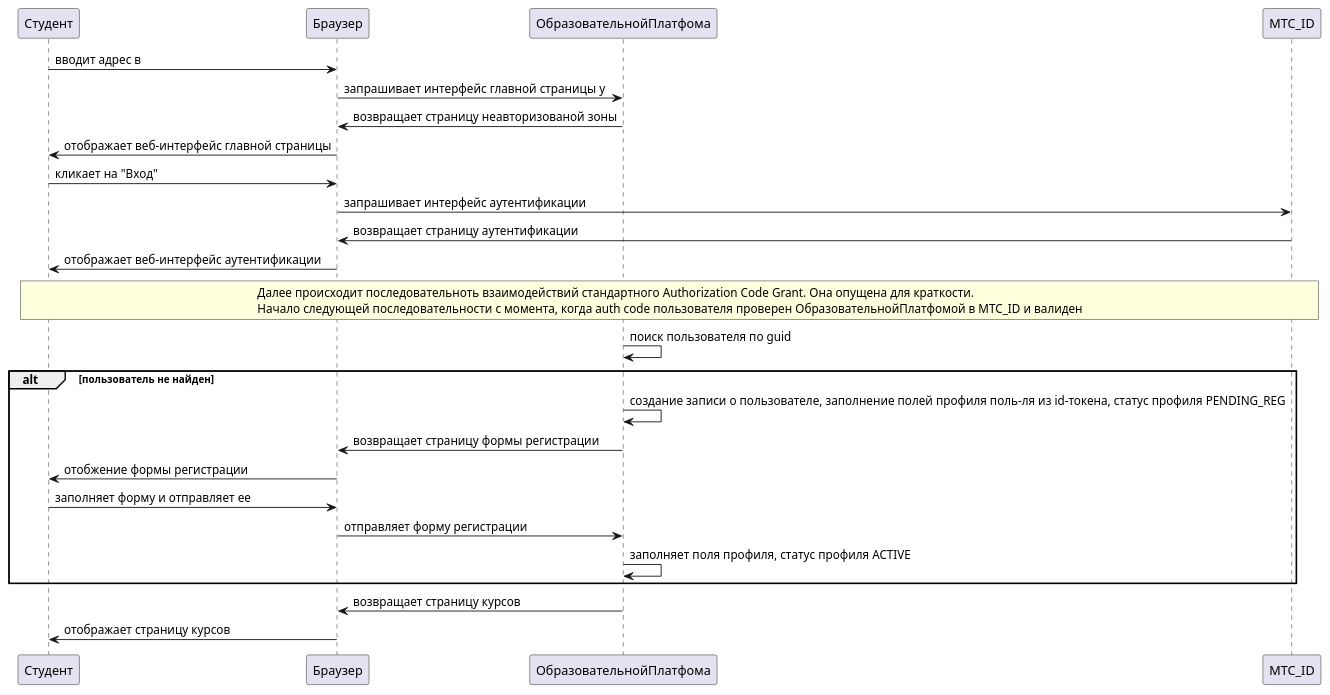
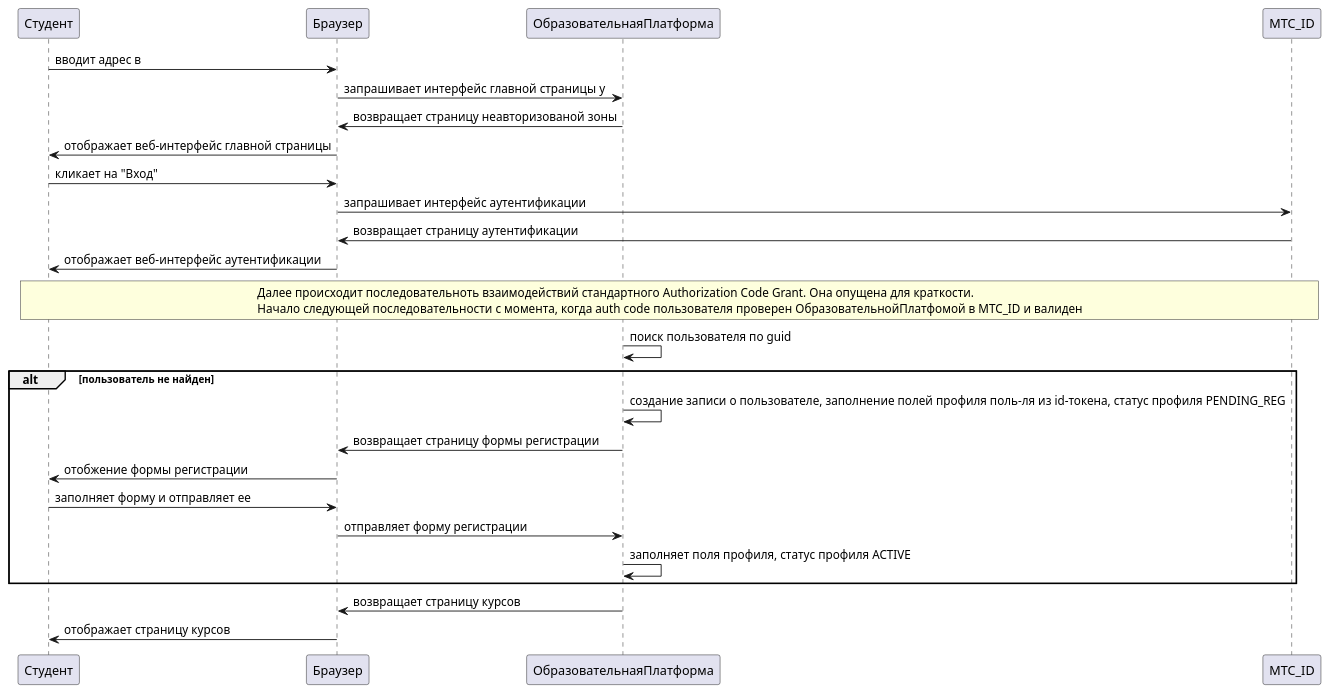
One commit to karpoftea/mts-kata-2023 changed the first of 2 diagrams in docs/adr/adr-002-authn-system.md. Above: the diagram before and after it, drawn with PlantUML.

````diff
--- a/docs/adr/adr-002-authn-system.md
+++ b/docs/adr/adr-002-authn-system.md
@@ -36,25 +36,25 @@
 ```plantuml
 Студент->Браузер: вводит адрес в
-Браузер->ОбразовательнойПлатфома: запрашивает интерфейс главной страницы у
-ОбразовательнойПлатфома->Браузер: возвращает страницу неавторизованой зоны
+Браузер->ОбразовательнаяПлатформа: запрашивает интерфейс главной страницы у
+ОбразовательнаяПлатформа->Браузер: возвращает страницу неавторизованой зоны
 Браузер->Студент: отображает веб-интерфейс главной страницы
 Студент->Браузер: кликает на "Вход"
 Браузер->МТС_ID: запрашивает интерфейс аутентификации
 МТС_ID->Браузер: возвращает страницу аутентификации
 Браузер->Студент: отображает веб-интерфейс аутентификации
 rnote over Студент,МТС_ID
  Далее происходит последовательноть взаимодействий стандартного Authorization Code Grant. Она опущена для краткости.
  Начало следующей последовательности с момента, когда auth code пользователя проверен ОбразовательнойПлатфомой в МТС_ID и валиден
 endrnote
-ОбразовательнойПлатфома->ОбразовательнойПлатфома: поиск пользователя по guid
+ОбразовательнаяПлатформа->ОбразовательнаяПлатформа: поиск пользователя по guid
 alt пользователь не найден 
-    ОбразовательнойПлатфома->ОбразовательнойПлатфома: создание записи о пользователе, заполнение полей профиля поль-ля из id-токена, статус профиля PENDING_REG
-    ОбразовательнойПлатфома->Браузер: возвращает страницу формы регистрации
+    ОбразовательнаяПлатформа->ОбразовательнаяПлатформа: создание записи о пользователе, заполнение полей профиля поль-ля из id-токена, статус профиля PENDING_REG
+    ОбразовательнаяПлатформа->Браузер: возвращает страницу формы регистрации
     Браузер->Студент: отобжение формы регистрации
     Студент->Браузер: заполняет форму и отправляет ее
-    Браузер->ОбразовательнойПлатфома: отправляет форму регистрации
-    ОбразовательнойПлатфома->ОбразовательнойПлатфома: заполняет поля профиля, статус профиля ACTIVE
+    Браузер->ОбразовательнаяПлатформа: отправляет форму регистрации
+    ОбразовательнаяПлатформа->ОбразовательнаяПлатформа: заполняет поля профиля, статус профиля ACTIVE
 end
-ОбразовательнойПлатфома->Браузер: возвращает страницу курсов
+ОбразовательнаяПлатформа->Браузер: возвращает страницу курсов
     Браузер->Студент: отображает страницу курсов
 ```
````
